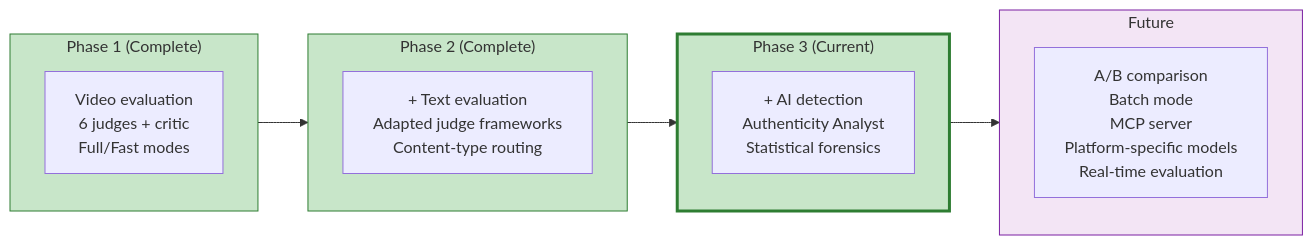
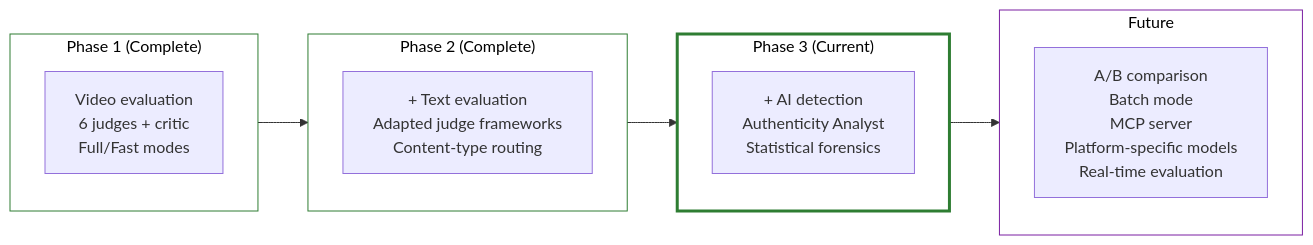
Diagram 13 of 13 in design/ARCHITECTURE.md (SacredWizard/themis), drawn with Mermaid before and after one commit. The commit also changed other lines of this file, not shown here.

First line of the commit message:
Document background music analysis as Phase 4 in future improvements

````diff
--- a/design/ARCHITECTURE.md
+++ b/design/ARCHITECTURE.md
@@ -924,25 +927,25 @@
 ```mermaid
 graph LR
     subgraph Phase1["Phase 1 (Complete)"]
         V1["Video evaluation<br/>6 judges + critic<br/>Full/Fast modes"]
     end
 
     subgraph Phase2["Phase 2 (Complete)"]
         V2["+ Text evaluation<br/>Adapted judge frameworks<br/>Content-type routing"]
     end
 
     subgraph Current["Phase 3 (Current)"]
         V3["+ AI detection<br/>Authenticity Analyst<br/>Statistical forensics"]
     end
 
     subgraph Beyond["Future"]
         V4["A/B comparison<br/>Batch mode<br/>MCP server<br/>Platform-specific models<br/>Real-time evaluation"]
     end
 
     Phase1 --> Phase2 --> Current --> Beyond
 
-    style Phase1 fill:#c8e6c9,stroke:#2E7D32
-    style Phase2 fill:#c8e6c9,stroke:#2E7D32
-    style Current fill:#c8e6c9,stroke:#2E7D32,stroke-width:3px
-    style Beyond fill:#f3e5f5,stroke:#7B1FA2
+    style Phase1 fill:transparent,stroke:#2E7D32,color:#000
+    style Phase2 fill:transparent,stroke:#2E7D32,color:#000
+    style Current fill:transparent,stroke:#2E7D32,stroke-width:3px,color:#000
+    style Beyond fill:transparent,stroke:#7B1FA2,color:#000
 ```
````
